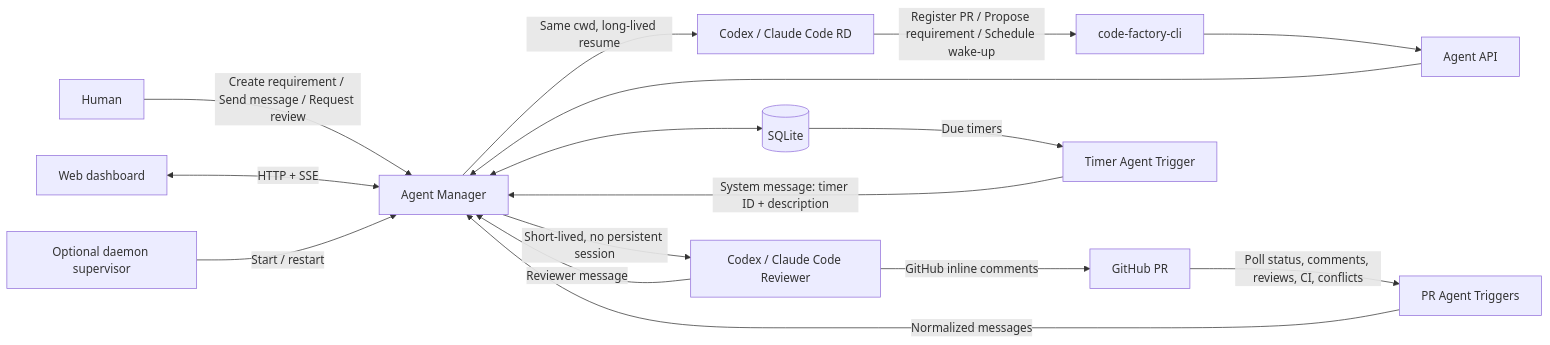
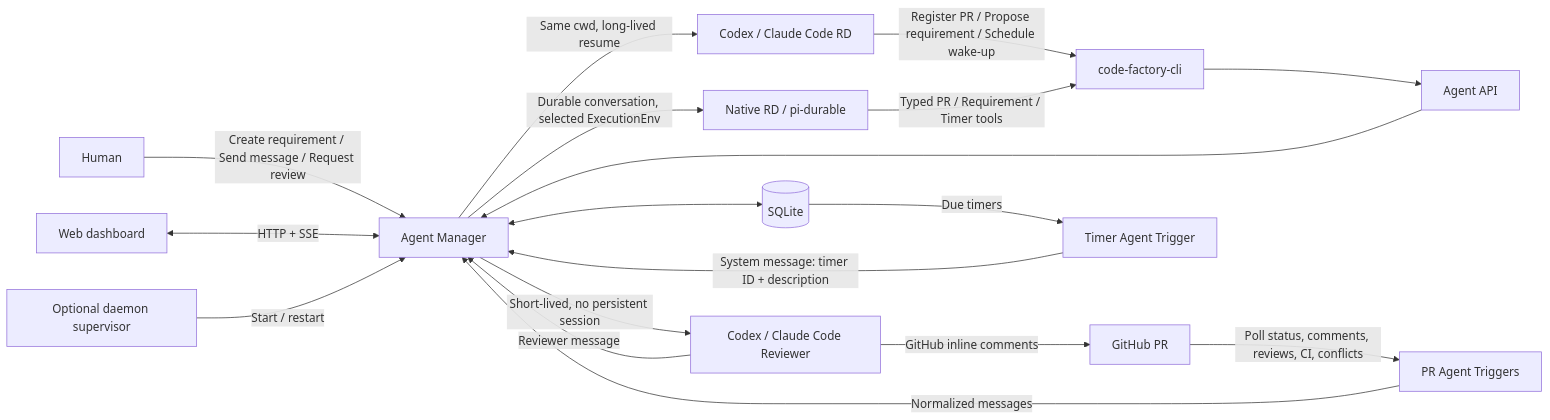
One commit to luohaha/code-factory changed the second of 2 diagrams in docs/architecture.en.md. Above: the diagram before and after it, drawn with Mermaid. The commit also changed other lines of this file and 24 other files, not shown here.

Commit message:
feat: add pi-durable native RD agent and local sandboxes

```diff
--- a/docs/architecture.en.md
+++ b/docs/architecture.en.md
@@ -30,18 +31,20 @@
 ~~~mermaid
 flowchart LR
   H[Human] -->|Create requirement / Send message / Request review| M[Agent Manager]
   W[Web dashboard] <-->|HTTP + SSE| M
   S[Optional daemon supervisor] -->|Start / restart| M
   M <--> DB[(SQLite)]
   M -->|Same cwd, long-lived resume| RD[Codex / Claude Code RD]
+  M -->|Durable conversation, selected ExecutionEnv| NRD[Native RD / pi-durable]
   M -->|Short-lived, no persistent session| RV[Codex / Claude Code Reviewer]
   RD -->|Register PR / Propose requirement / Schedule wake-up| CLI[code-factory-cli]
+  NRD -->|Typed PR / Requirement / Timer tools| CLI
   CLI --> API[Agent API]
   API --> M
   RV -->|GitHub inline comments| GH[GitHub PR]
   GH -->|Poll status, comments, reviews, CI, conflicts| T[PR Agent Triggers]
   DB -->|Due timers| ST[Timer Agent Trigger]
   ST -->|System message: timer ID + description| M
   T -->|Normalized messages| M
   RV -->|Reviewer message| M
 ~~~
```
